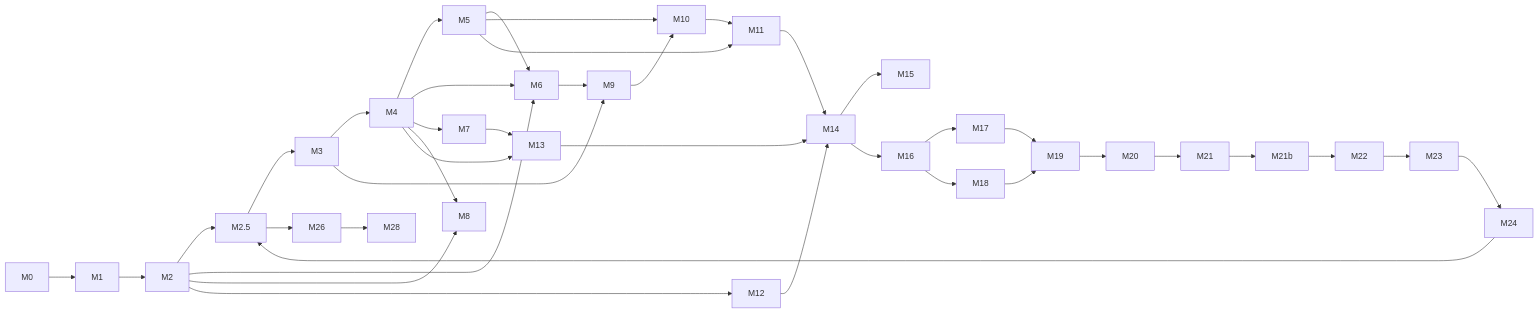
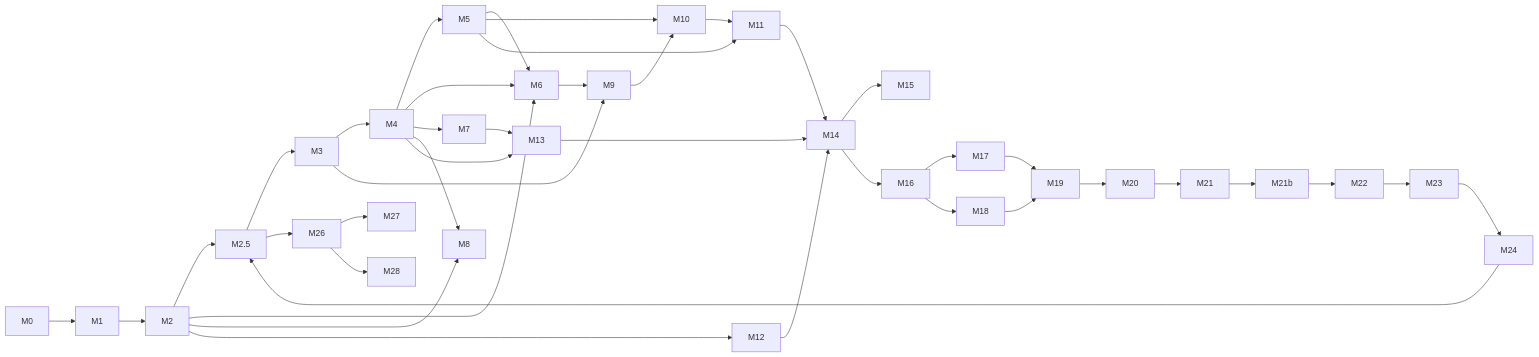
Before and after one commit to vundavallibalakrishna/agentic-runtime: the diagram in docs/09-plan/README.md, drawn with Mermaid. The commit also changed other lines of this file and 77 other files, not shown here.

````diff
--- a/docs/09-plan/README.md
+++ b/docs/09-plan/README.md
@@ -59,29 +58,30 @@
 ```mermaid
 flowchart LR
   M0 --> M1 --> M2 --> M25[M2.5] --> M3 --> M4 --> M5
   M2 --> M6
   M4 --> M6
   M5 --> M6
   M4 --> M7
   M2 --> M8
   M4 --> M8
   M3 --> M9
   M6 --> M9
   M5 --> M10
   M9 --> M10
   M5 --> M11
   M10 --> M11
   M2 --> M12
   M4 --> M13
   M7 --> M13
   M11 --> M14
   M12 --> M14
   M13 --> M14
   M14 --> M15
   M14 --> M16
   M16 --> M17
   M16 --> M18
   M17 --> M19
   M18 --> M19
-  M19 --> M20 --> M21 --> M21b[M21b] --> M22 --> M23 --> M24 --> M25 --> M26 --> M28
+  M19 --> M20 --> M21 --> M21b[M21b] --> M22 --> M23 --> M24 --> M25 --> M26 --> M27
+  M26 --> M28
 ```
````
